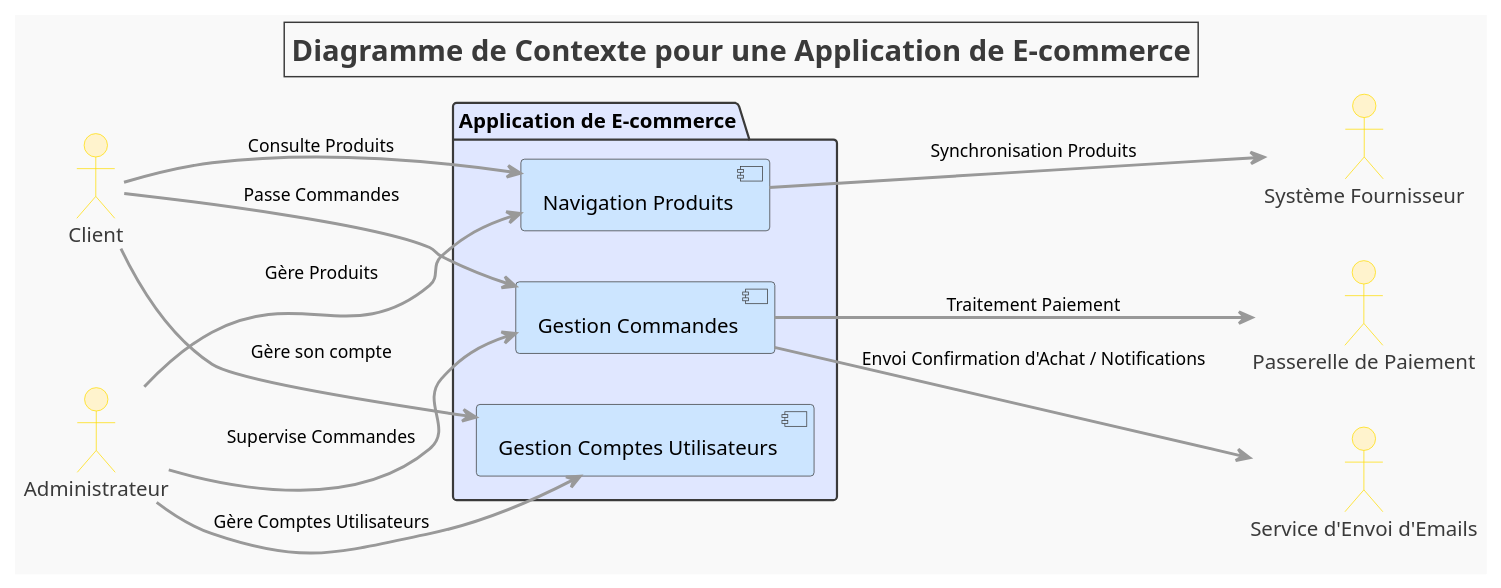
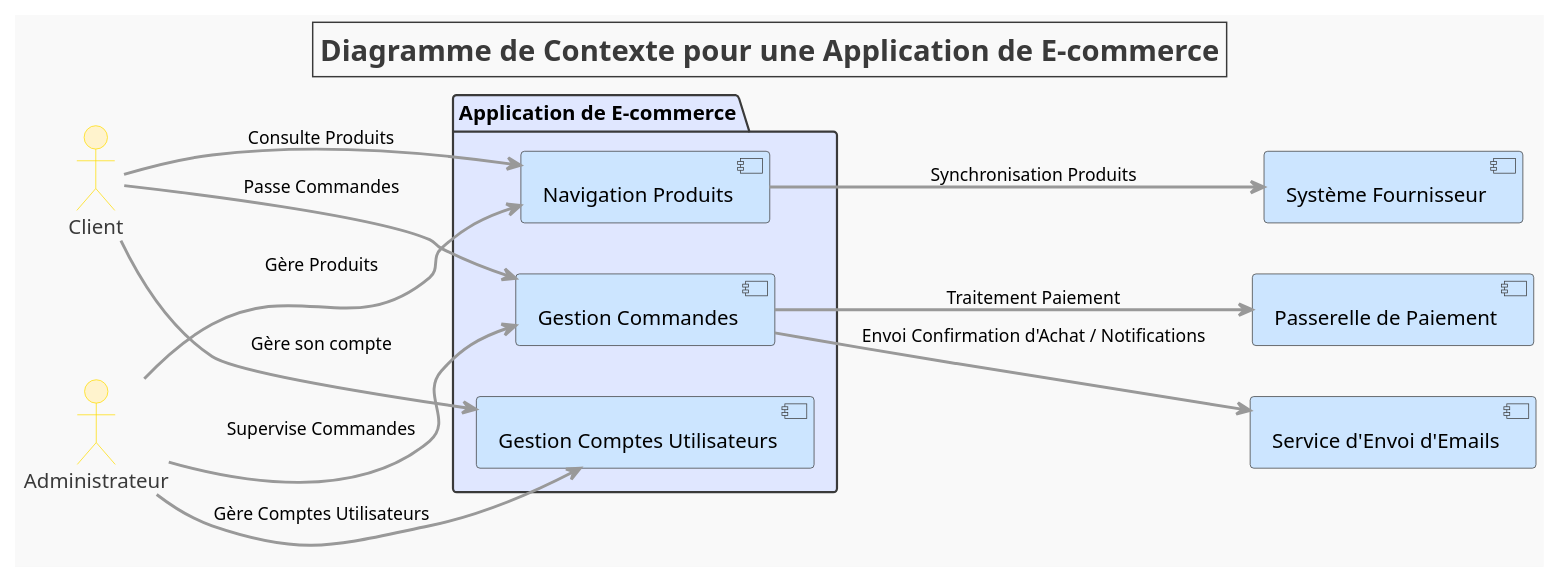
The diagram in DiagramContext.puml (GEVIC21/Soutenance_documents), drawn with PlantUML before and after one commit. The commit also changed 19 other files, not shown here.

```diff
--- a/DiagramContext.puml
+++ b/DiagramContext.puml
@@ -1,63 +1,62 @@
 @startuml
 
 ' Titre avec style
 title Diagramme de Contexte pour une Application de E-commerce
 skinparam titleFontSize 20
 skinparam titleFontColor #3A3A3A
 skinparam titleBorderColor #3A3A3A
 
 left to right direction
 
 ' Définir les couleurs globales
 skinparam backgroundColor #F9F9F9
 skinparam component {
     BackgroundColor #CCE5FF
     ArrowColor #999999
     ArrowFontSize 12
     ArrowThickness 2
 }
 
 ' Acteurs avec styles
 skinparam actor {
     FontSize 14
     FontColor #3A3A3A
     BackgroundColor #FFF3CD
     BorderColor #FFDD00
 }
 
 ' Styles pour les packages
 skinparam package {
     BackgroundColor #E0E7FF
     BorderColor #3A3A3A
 }
 
 ' Acteurs utilisateurs
 actor Customer as "Client"
 actor Admin as "Administrateur"
 
-' Systèmes externes
-actor PaymentGateway as "Passerelle de Paiement"
-actor SupplierSystem as "Système Fournisseur"
-actor EmailService as "Service d'Envoi d'Emails"
+' Systèmes externes représentés comme composants
+component PaymentGateway as "Passerelle de Paiement"
+component SupplierSystem as "Système Fournisseur"
+component EmailService as "Service d'Envoi d'Emails"
 
 ' Système principal
 package "Application de E-commerce" {
     [Navigation Produits] as Produits
     [Gestion Commandes] as Commandes
     [Gestion Comptes Utilisateurs] as Comptes
 }
-
 ' Connexions
 Customer --> Produits : "Consulte Produits"
 Customer --> Commandes : "Passe Commandes"
 Customer --> Comptes : "Gère son compte"
 
 Admin --> Produits : "Gère Produits"
 Admin --> Commandes : "Supervise Commandes"
 Admin --> Comptes : "Gère Comptes Utilisateurs"
 
 Produits --> SupplierSystem : "Synchronisation Produits"
 Commandes --> PaymentGateway : "Traitement Paiement"
 Commandes --> EmailService : "Envoi Confirmation d'Achat / Notifications"
 
 @enduml
```
